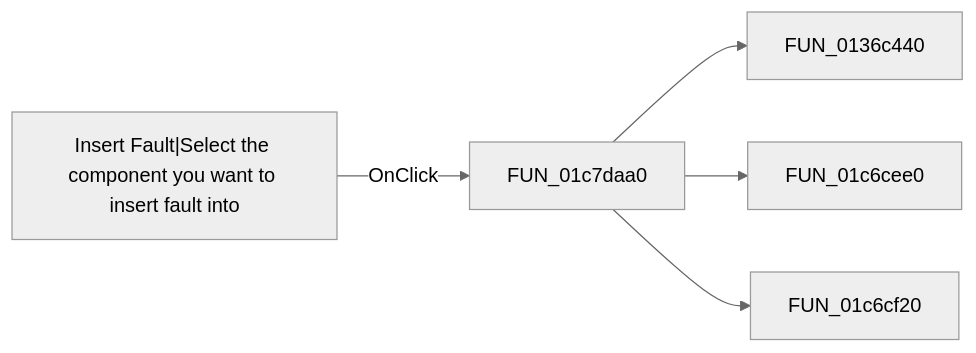
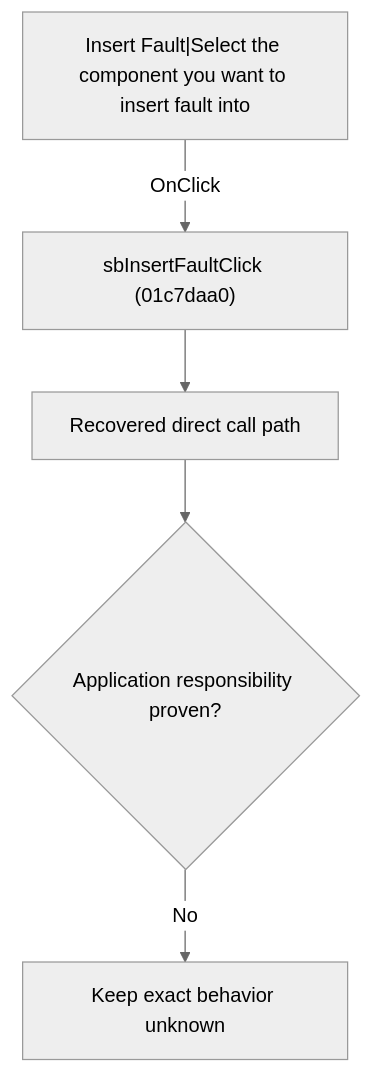
One commit to MovGP0/TIARA changed the diagram in docs/ui-controls/schematiceditor/sbinsertfault-f11b78abbe.md. Above: the diagram before and after it, drawn with Mermaid (neutral theme). The commit also changed other lines of this file and 1062 other files, not shown here.

````diff
--- a/docs/ui-controls/schematiceditor/sbinsertfault-f11b78abbe.md
+++ b/docs/ui-controls/schematiceditor/sbinsertfault-f11b78abbe.md
@@ -27,7 +27,7 @@
 ```mermaid
-flowchart LR
-    control["Insert Fault|Select the component you want to insert fault into"] -->|OnClick| handler["FUN_01c7daa0"]
-    handler --> call1["FUN_0136c440"]
-    handler --> call2["FUN_01c6cee0"]
-    handler --> call3["FUN_01c6cf20"]
+flowchart TD
+    control["Insert Fault|Select the component you want to insert fault into"] -->|"OnClick"| handler["sbInsertFaultClick (01c7daa0)"]
+    handler --> recovered["Recovered direct call path"]
+    recovered --> gap{"Application responsibility proven?"}
+    gap -->|"No"| blocked["Keep exact behavior unknown"]
 ```
````
